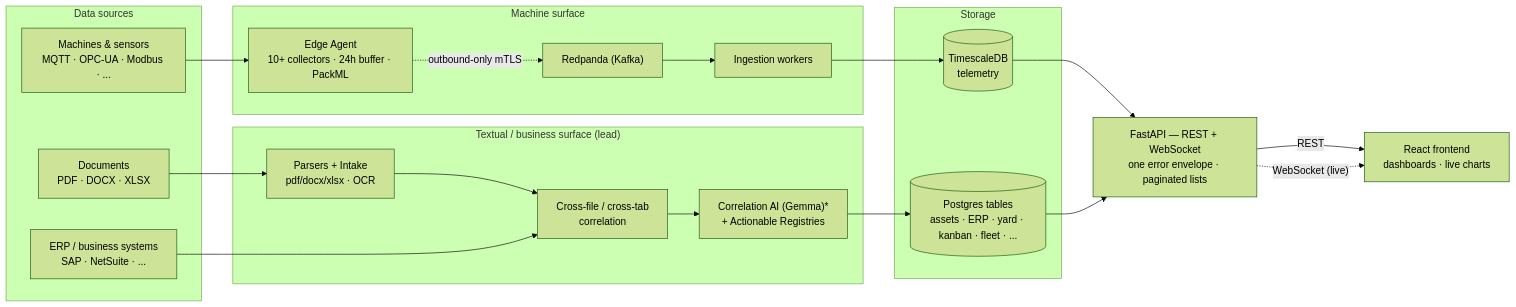
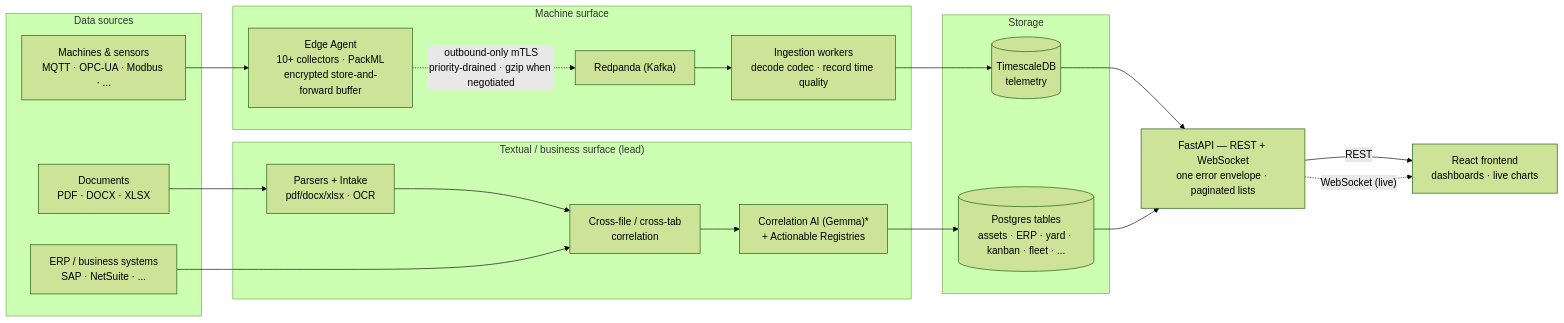
One commit to SoundSafe-Dev/OmniusGrid-X changed the first of 4 diagrams in README.md. Above: the diagram before and after it, drawn with Mermaid (forest theme). The commit also changed other lines of this file and 3 other files, not shown here.

First line of the commit message:
docs: a full pass over the README, its diagrams and the glossary

````diff
--- a/README.md
+++ b/README.md
@@ -722,38 +722,38 @@
 ```mermaid
 flowchart LR
     subgraph SOURCES["Data sources"]
         DOC["Documents<br/>PDF · DOCX · XLSX"]
         ERPSRC["ERP / business systems<br/>SAP · NetSuite · ..."]
         MACH["Machines & sensors<br/>MQTT · OPC-UA · Modbus · ..."]
     end
 
     subgraph TEXTUAL["Textual / business surface (lead)"]
         PARSE["Parsers + Intake<br/>pdf/docx/xlsx · OCR"]
         XC["Cross-file / cross-tab<br/>correlation"]
         CAI["Correlation AI (Gemma)*<br/>+ Actionable Registries"]
     end
 
     subgraph MACHINE["Machine surface"]
-        EA["Edge Agent<br/>10+ collectors · 24h buffer · PackML"]
+        EA["Edge Agent<br/>10+ collectors · PackML<br/>encrypted store-and-forward buffer"]
         RP["Redpanda (Kafka)"]
-        IW["Ingestion workers"]
+        IW["Ingestion workers<br/>decode codec · record time quality"]
     end
 
     subgraph STORE["Storage"]
         TS[("TimescaleDB<br/>telemetry")]
         PG[("Postgres tables<br/>assets · ERP · yard · kanban · fleet · ...")]
     end
 
     API["FastAPI — REST + WebSocket<br/>one error envelope · paginated lists"]
     FE["React frontend<br/>dashboards · live charts"]
 
     DOC --> PARSE --> XC
     ERPSRC --> XC
     XC --> CAI --> PG
     MACH --> EA
-    EA -. "outbound-only mTLS" .-> RP --> IW --> TS
+    EA -. "outbound-only mTLS<br/>priority-drained · gzip when negotiated" .-> RP --> IW --> TS
     TS --> API
     PG --> API
     API -->|"REST"| FE
     API -.->|"WebSocket (live)"| FE
 ```
````
